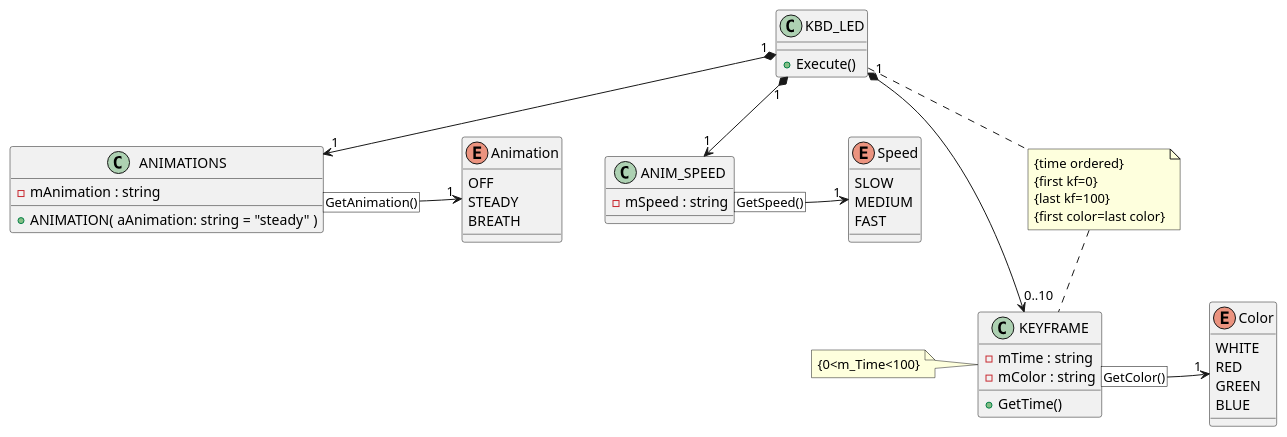
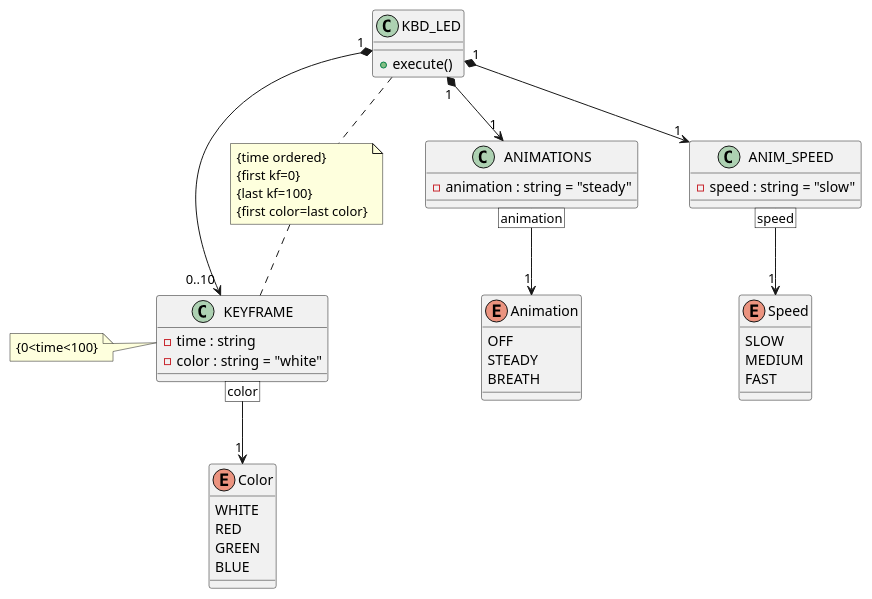
Before and after one commit to lulu731/keybd_led: the diagram in docs/diagrams/src/class_diag.wsd, drawn with PlantUML.

Commit message:
uml [refactor]: class diagram layout and add default values

```diff
--- a/docs/diagrams/src/class_diag.wsd
+++ b/docs/diagrams/src/class_diag.wsd
@@ -1,83 +1,78 @@
 @startuml classes
     class KBD_LED
     {
-        +Execute()
+        +execute()
     }
 
     enum Color
     {
         WHITE
         RED
         GREEN
         BLUE
     }
 
 
     /'class COLORS
     {
-        -m_List : string
+        -List : string
         +COLORS( aList : string )
         +GetList()
     }
     note left of COLORS::aList
         def="white"
     end note
     COLORS "1" ..> "1..*" Color'/
 
     class ANIMATIONS
     {
-        -mAnimation : string
-        +ANIMATION( aAnimation: string = "steady" )
-        '+GetAnimation()
+        -animation : string = "steady"
     }
 
         enum Animation
     {
         OFF
         STEADY
         BREATH
     }
 
-    ANIMATIONS [GetAnimation()] -> "1" Animation
+    ANIMATIONS [animation] --> "1" Animation
 
     enum Speed
     {
         SLOW
         MEDIUM
         FAST
     }
 
     class ANIM_SPEED
     {
-        -mSpeed : string
-        '+GetSpeed()
+        -speed : string = "slow"
     }
 
-    ANIM_SPEED [GetSpeed()] -> "1" Speed
+    ANIM_SPEED [speed] --> "1" Speed
 
     class KEYFRAME
     {
-        -mTime : string
-        -mColor : string
-        +GetTime()
-        '+GetColor()
+        -time : string
+        -color : string = "white"
     }
-    note left :{0<m_Time<100}
+    note left :{0<time<100}
     note as N1
         {time ordered}
         {first kf=0}
         {last kf=100}
         {first color=last color}
     end note
 
-    KEYFRAME [GetColor()] -> "1" Color
+    KEYFRAME [color] --> "1" Color
 
     KBD_LED .. N1
     N1 .. KEYFRAME
 
     'KBD_LED "1" *--> "1" COLORS
     KBD_LED "1" *--> "1" ANIMATIONS
     KBD_LED "1" *--> "1" ANIM_SPEED
     KBD_LED "1" *--> "0..10" KEYFRAME
 
 @enduml
```
